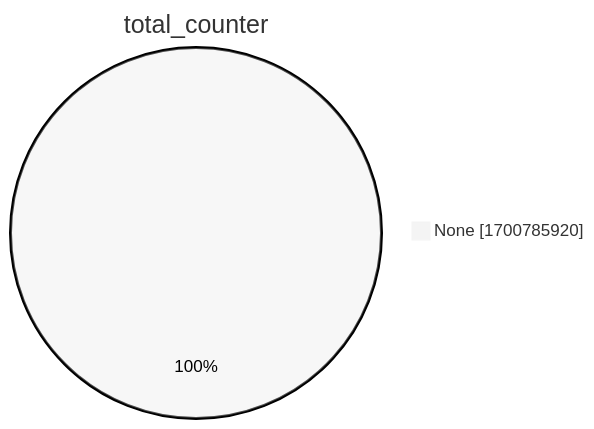
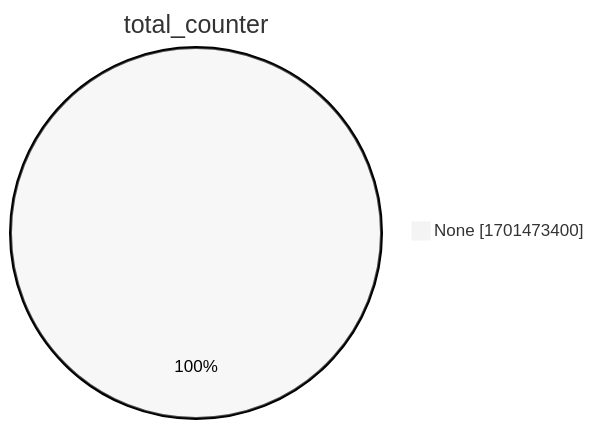
The second of 15 diagrams in xenon2022/README.md (christiankrug/ctmonitor_visualization), drawn with Mermaid (neutral theme) before and after one commit. The commit also changed other lines of this file, not shown here.

````diff
--- a/xenon2022/README.md
+++ b/xenon2022/README.md
@@ -9,5 +9,5 @@
 ```mermaid
 pie showData
 title total_counter
-"None" :1700785920
+"None" :1701473400
 ```
````
